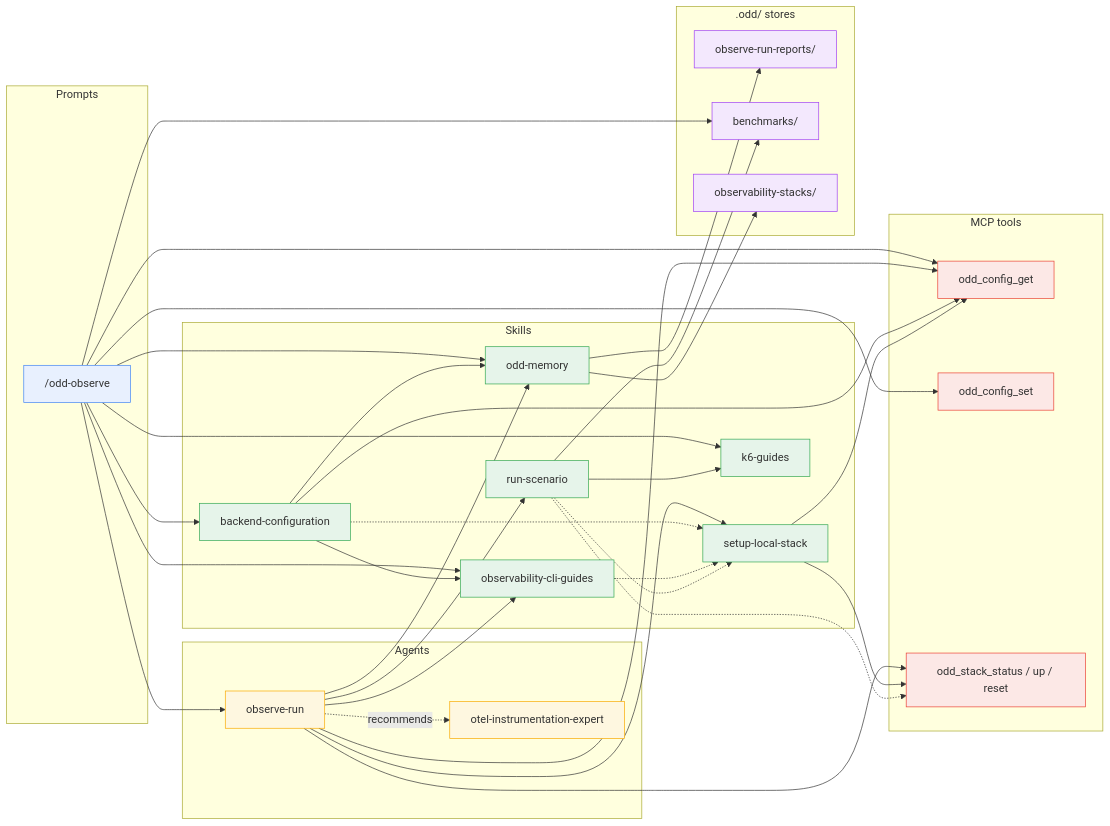
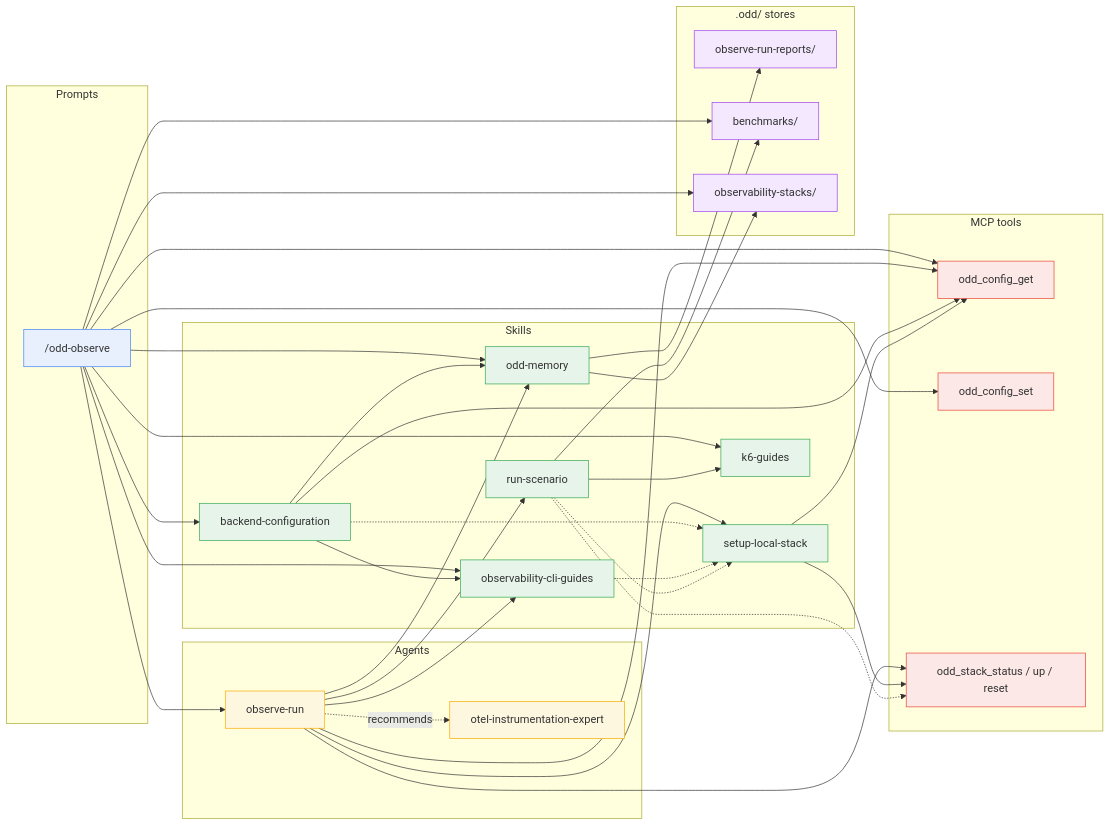
Before and after one commit to using-system/oddyssey: the third of 7 diagrams in docs/guide/dependencies.md, drawn with Mermaid. The commit also changed other lines of this file and 4 other files, not shown here.

````diff
--- a/docs/guide/dependencies.md
+++ b/docs/guide/dependencies.md
@@ -144,76 +144,77 @@
 ```mermaid
 flowchart LR
   subgraph Prompts
     observe["/odd-observe"]
   end
 
   subgraph Agents
     runner[observe-run]
     expert[otel-instrumentation-expert]
   end
 
   subgraph Skills
     bc[backend-configuration]
     ocg[observability-cli-guides]
     sls[setup-local-stack]
     rs[run-scenario]
     kg[k6-guides]
     mem[odd-memory]
   end
 
   subgraph MCP["MCP tools"]
     cfgget[odd_config_get]
     cfgset[odd_config_set]
     stack[odd_stack_status / up / reset]
   end
 
   subgraph Stores[".odd/ stores"]
     obsdir[observe-run-reports/]
     benchdir[benchmarks/]
     stackdir[observability-stacks/]
   end
 
   observe --> runner
   observe --> bc
   observe --> mem
   bc --> mem
   observe --> cfgget
   observe --> cfgset
   observe --> kg
   observe --> ocg
   observe --> benchdir
+  observe --> stackdir
   mem --> obsdir
   mem --> stackdir
 
   runner --> ocg
   runner --> sls
   runner --> rs
   runner --> mem
   runner --> cfgget
   runner --> stack
   runner -. recommends .-> expert
 
   bc -.-> sls
   bc --> ocg
   bc --> cfgget
   ocg -.-> sls
   sls --> cfgget
   sls --> stack
   rs -.-> stack
   rs -.-> sls
   rs --> kg
   rs --> benchdir
 
 
 
   classDef prompt fill:#e8f0fe,stroke:#4285f4
   classDef agent fill:#fef7e0,stroke:#f9ab00
   classDef skill fill:#e6f4ea,stroke:#34a853
   classDef mcp fill:#fce8e6,stroke:#ea4335
   classDef store fill:#f3e8fd,stroke:#a142f4
   class observe prompt
   class runner,expert agent
   class bc,ocg,sls,rs,kg,mem skill
   class cfgget,cfgset,stack mcp
   class obsdir,benchdir,stackdir store
 ```
````
